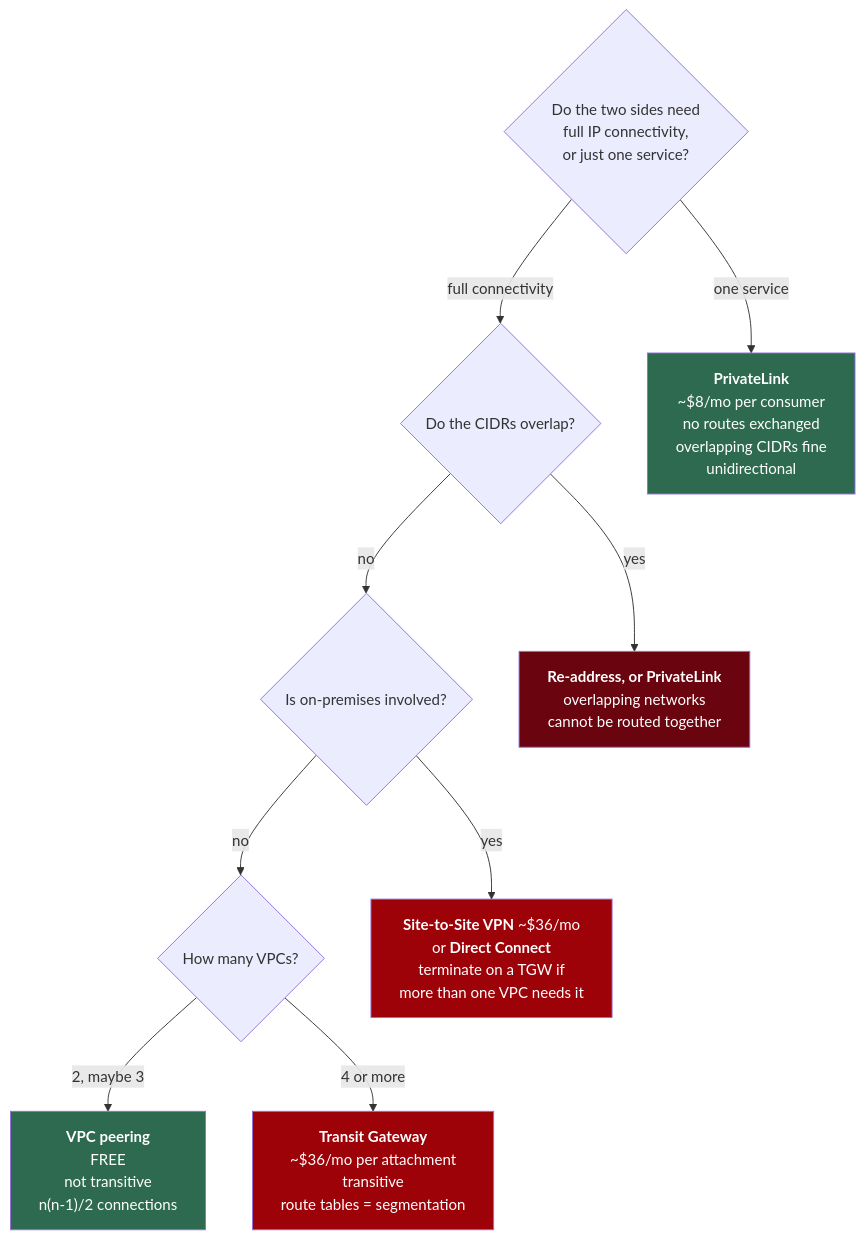
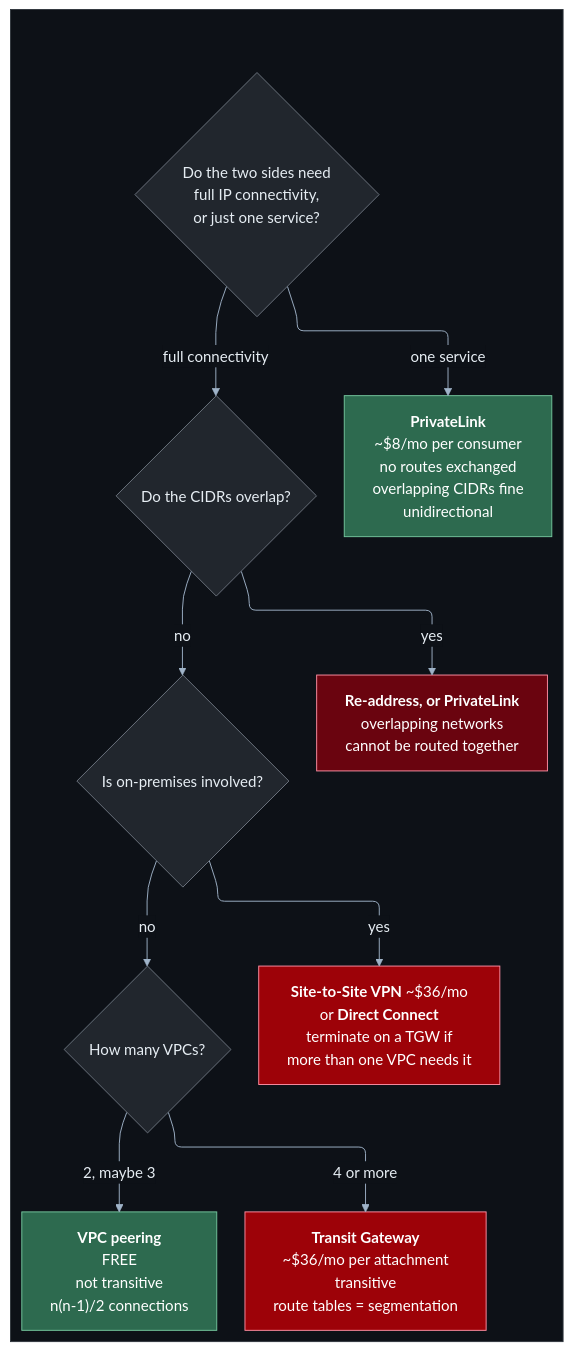
Before and after one commit to HuyNguyen260398/aws-network-architecture: the second of 5 diagrams in docs/diagrams/README.md, drawn with Mermaid. The commit also changed other lines of this file and 13 other files, not shown here.

First line of the commit message:
docs(diagrams): restyle all Mermaid diagrams for dark mode and orthogonal lines

````diff
--- a/docs/diagrams/README.md
+++ b/docs/diagrams/README.md
@@ -75,28 +123,52 @@
 ```mermaid
-graph TD
-    Q1{"Do the two sides need<br/>full IP connectivity,<br/>or just one service?"}
-    Q2{"How many VPCs?"}
-    Q3{"Do the CIDRs overlap?"}
-    Q4{"Is on-premises involved?"}
+---
+config:
+  layout: elk
+  theme: base
+  themeVariables:
+    lineColor: "#9fb3c8"
+    textColor: "#e6edf3"
+    primaryColor: "#21262d"
+    primaryTextColor: "#e6edf3"
+    primaryBorderColor: "#6e7681"
+    edgeLabelBackground: "#0d1117"
+    clusterBkg: "#161b22"
+    clusterBorder: "#6e7681"
+    titleColor: "#e6edf3"
+  flowchart:
+    curve: rounded
+    wrappingWidth: 420
+---
+flowchart TD
+    subgraph CANVAS[" "]
+        Q1{"Do the two sides need<br/>full IP connectivity,<br/>or just one service?"}
+        Q2{"How many VPCs?"}
+        Q3{"Do the CIDRs overlap?"}
+        Q4{"Is on-premises involved?"}
 
-    PL["<b>PrivateLink</b><br/>~$8/mo per consumer<br/>no routes exchanged<br/>overlapping CIDRs fine<br/>unidirectional"]
-    PEER["<b>VPC peering</b><br/>FREE<br/>not transitive<br/>n(n-1)/2 connections"]
-    TGW["<b>Transit Gateway</b><br/>~$36/mo per attachment<br/>transitive<br/>route tables = segmentation"]
-    READDR["<b>Re-address, or PrivateLink</b><br/>overlapping networks<br/>cannot be routed together"]
-    VPN["<b>Site-to-Site VPN</b> ~$36/mo<br/>or <b>Direct Connect</b><br/>terminate on a TGW if<br/>more than one VPC needs it"]
+        PL["<b>PrivateLink</b><br/>~$8/mo per consumer<br/>no routes exchanged<br/>overlapping CIDRs fine<br/>unidirectional"]
+        PEER["<b>VPC peering</b><br/>FREE<br/>not transitive<br/>n(n-1)/2 connections"]
+        TGW["<b>Transit Gateway</b><br/>~$36/mo per attachment<br/>transitive<br/>route tables = segmentation"]
+        READDR["<b>Re-address, or PrivateLink</b><br/>overlapping networks<br/>cannot be routed together"]
+        VPN["<b>Site-to-Site VPN</b> ~$36/mo<br/>or <b>Direct Connect</b><br/>terminate on a TGW if<br/>more than one VPC needs it"]
+    end
 
     Q1 -->|"one service"| PL
     Q1 -->|"full connectivity"| Q3
     Q3 -->|"yes"| READDR
     Q3 -->|"no"| Q4
     Q4 -->|"yes"| VPN
     Q4 -->|"no"| Q2
     Q2 -->|"2, maybe 3"| PEER
     Q2 -->|"4 or more"| TGW
 
-    style PL fill:#2d6a4f,color:#fff
-    style PEER fill:#2d6a4f,color:#fff
-    style TGW fill:#9d0208,color:#fff
-    style VPN fill:#9d0208,color:#fff
-    style READDR fill:#6a040f,color:#fff
+    classDef canvas fill:#0d1117,stroke:#30363d,color:#e6edf3
+    classDef free fill:#2d6a4f,stroke:#74c69d,color:#fff
+    classDef billed fill:#9d0208,stroke:#ff8fa3,color:#fff
+    classDef costly fill:#6a040f,stroke:#ff8fa3,color:#fff
+
+    class CANVAS canvas
+    class PL,PEER free
+    class TGW,VPN billed
+    class READDR costly
 ```
````
